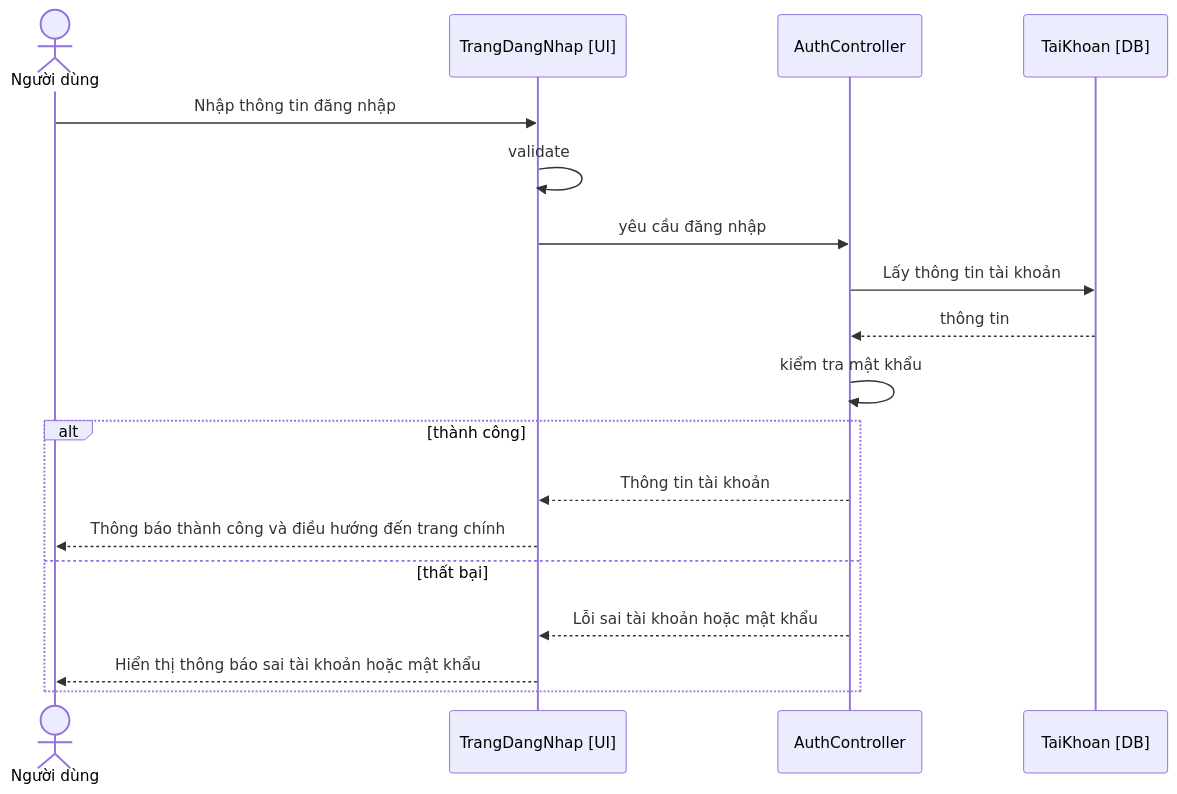
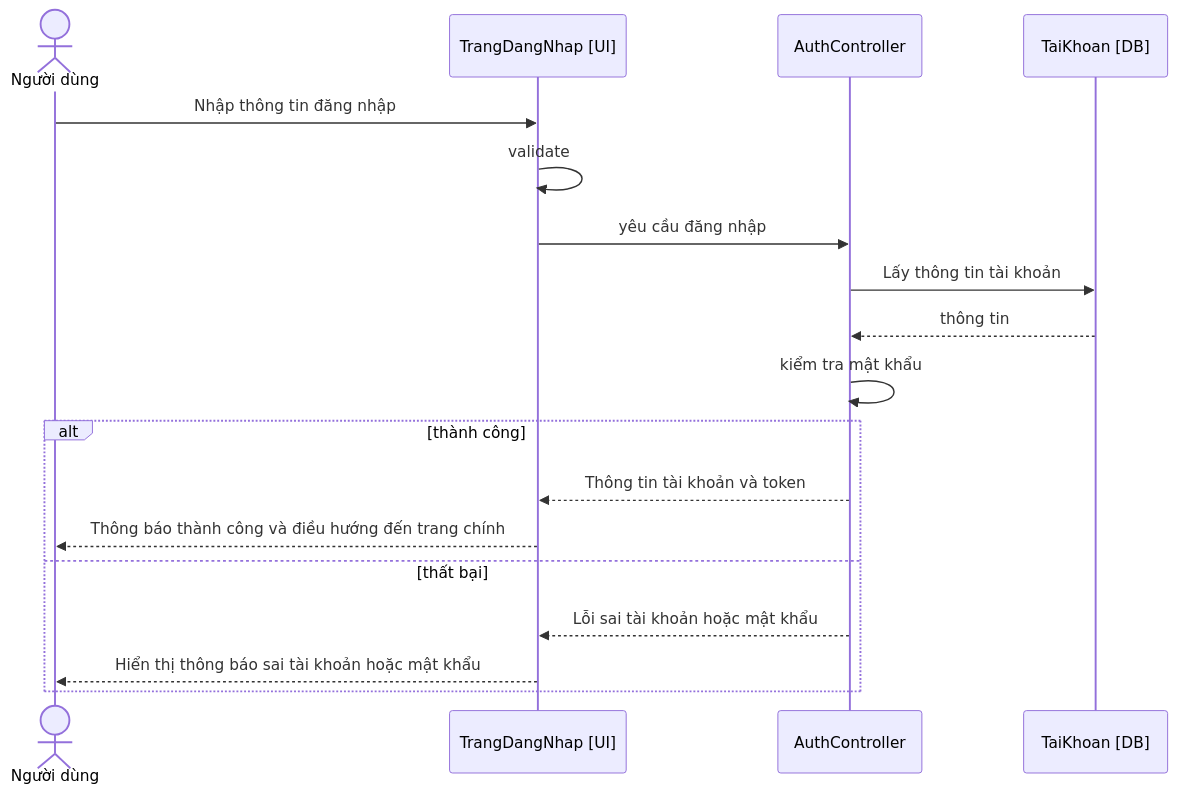
The first of 9 diagrams in docs/diagrams/05-sequence.md (tranducbk/DATN_PM_QLKT), drawn with Mermaid before and after one commit. The commit also changed other lines of this file and 123 other files, not shown here.

````diff
--- a/docs/diagrams/05-sequence.md
+++ b/docs/diagrams/05-sequence.md
@@ -9,22 +16,22 @@
 ```mermaid
 sequenceDiagram
     actor User as Người dùng
     participant Page as TrangDangNhap [UI]
     participant Ctrl as AuthController
     participant Acc as TaiKhoan [DB]
 
     User->>Page: Nhập thông tin đăng nhập
     Page->>Page: validate
     Page->>Ctrl: yêu cầu đăng nhập
     Ctrl->>Acc: Lấy thông tin tài khoản
     Acc-->>Ctrl: thông tin
     Ctrl->>Ctrl: kiểm tra mật khẩu
 
     alt thành công
-        Ctrl-->>Page: Thông tin tài khoản
+        Ctrl-->>Page: Thông tin tài khoản và token
         Page-->>User: Thông báo thành công và điều hướng đến trang chính
     else thất bại
         Ctrl-->>Page: Lỗi sai tài khoản hoặc mật khẩu
         Page-->>User: Hiển thị thông báo sai tài khoản hoặc mật khẩu
     end
 ```
````
